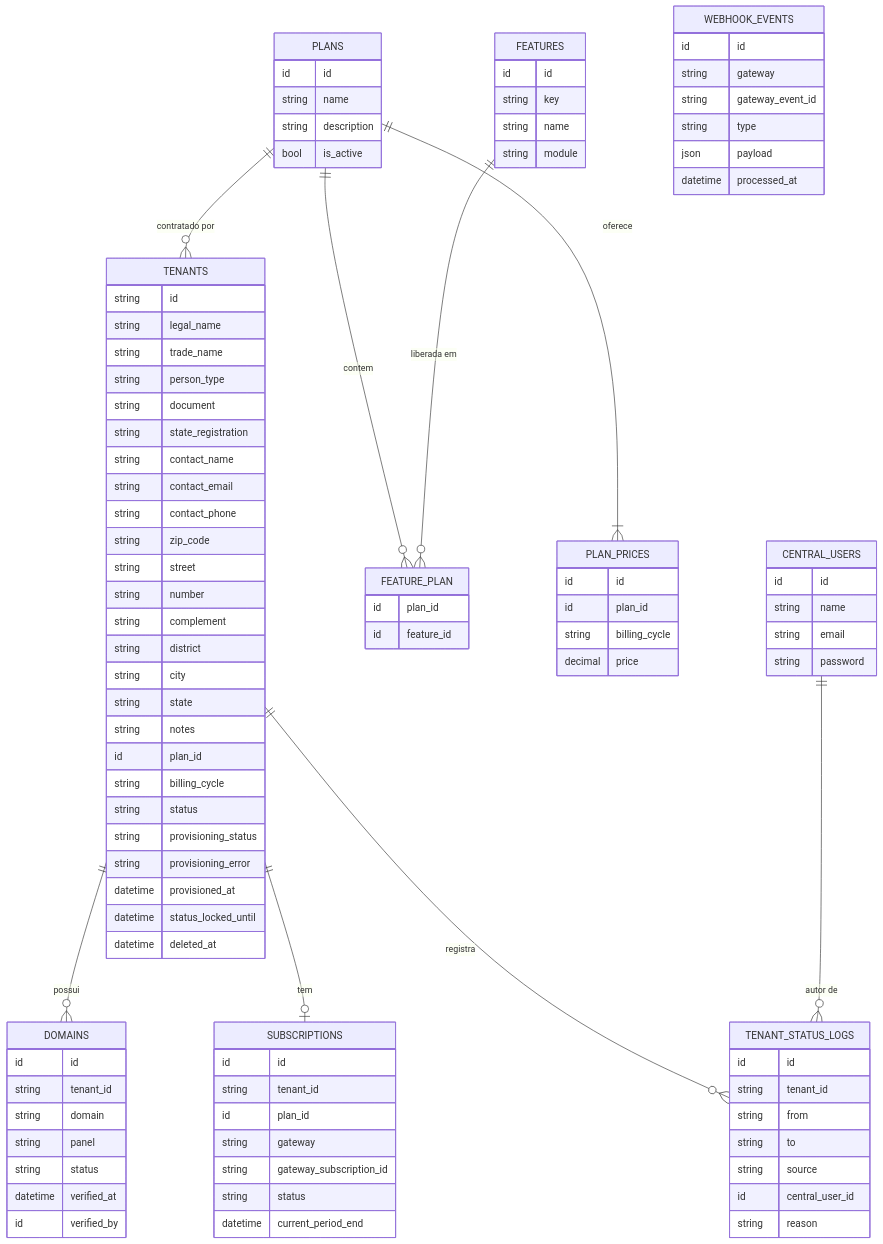
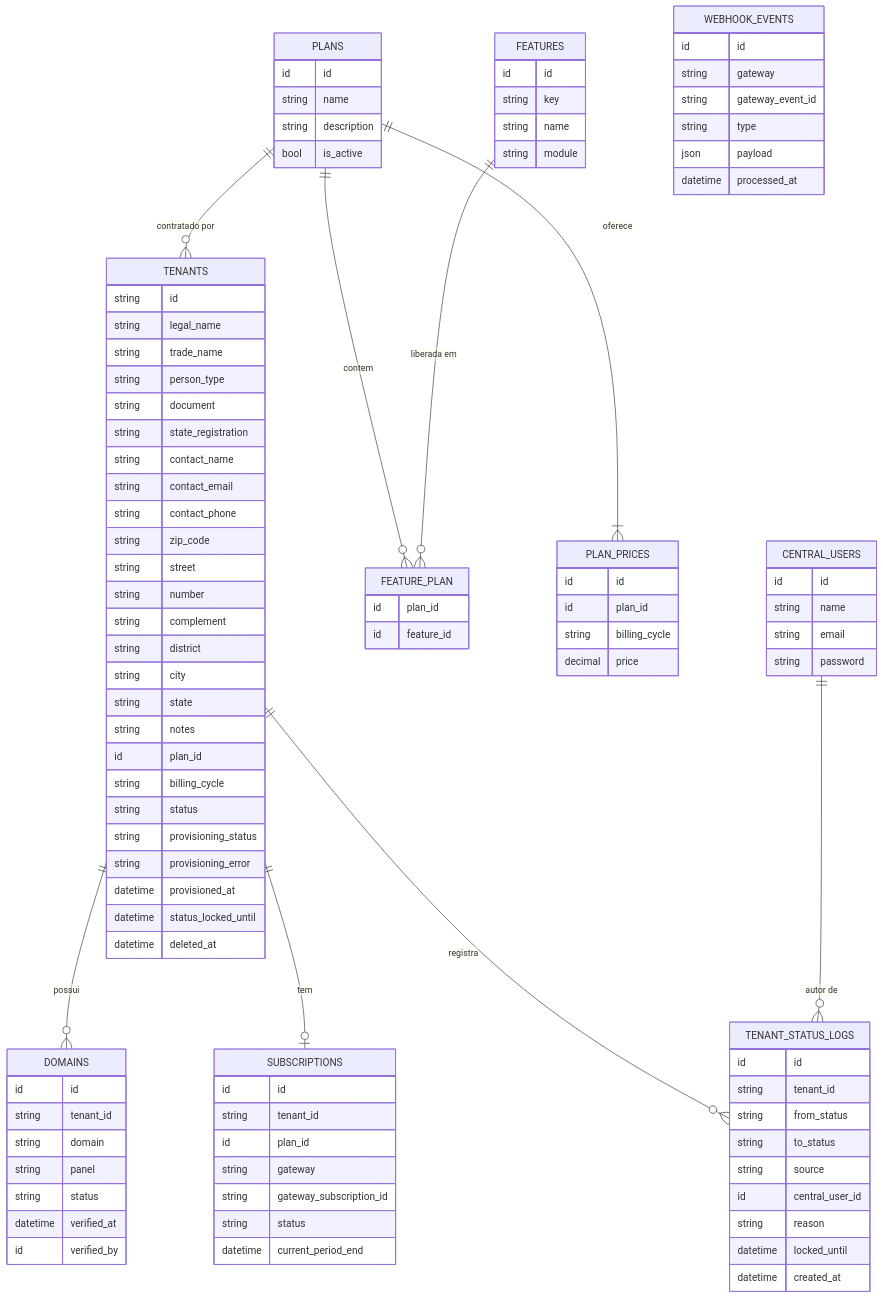
The first of 4 diagrams in docs/03-modelagem/modelo-de-dados.md (uendelsilveira/Multi_Tenant), drawn with Mermaid before and after one commit. The commit also changed other lines of this file and 9 other files, not shown here.

````diff
--- a/docs/03-modelagem/modelo-de-dados.md
+++ b/docs/03-modelagem/modelo-de-dados.md
@@ -101,10 +101,12 @@
     TENANT_STATUS_LOGS {
         id id
         string tenant_id
-        string from
-        string to
+        string from_status
+        string to_status
         string source
         id central_user_id
         string reason
+        datetime locked_until
+        datetime created_at
     }
 ```
````
